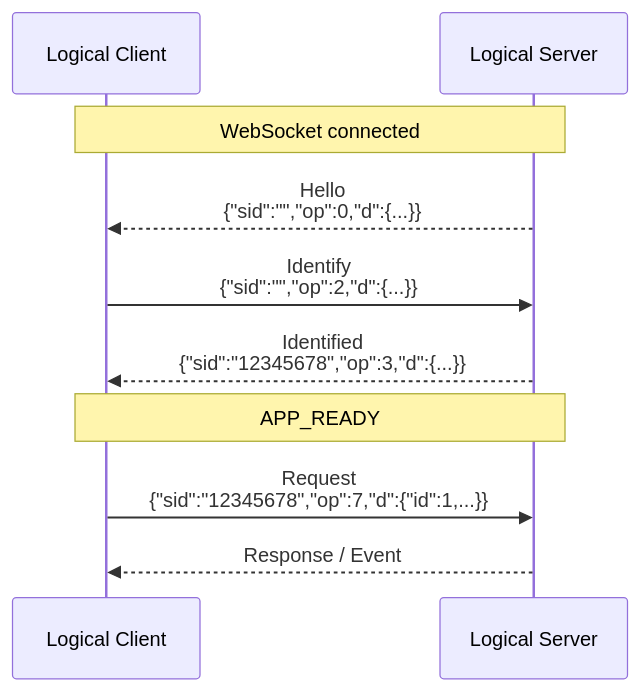
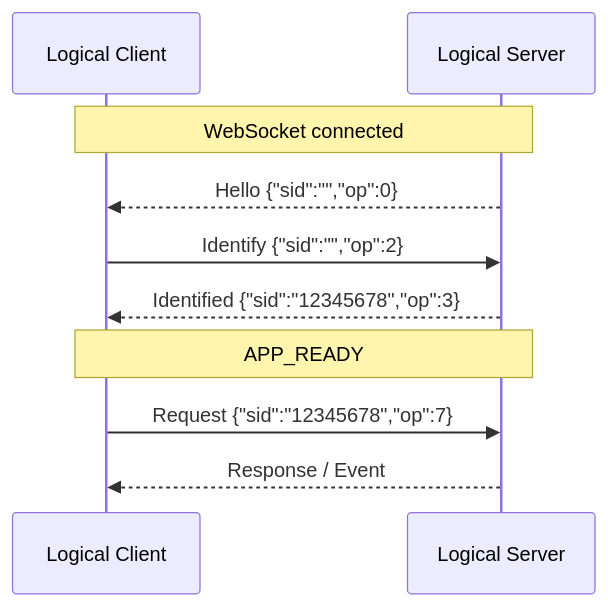
The second of 3 diagrams in docs/guides/core-protocol-flow.md (Mostorm-Labs/axtp), drawn with Mermaid before and after one commit. The commit also changed other lines of this file and 113 other files, not shown here.

````diff
--- a/docs/guides/core-protocol-flow.md
+++ b/docs/guides/core-protocol-flow.md
@@ -82,13 +64,13 @@
 ```mermaid
 sequenceDiagram
     participant LC as Logical Client
     participant LS as Logical Server
 
     Note over LC,LS: WebSocket connected
-    LS-->>LC: Hello<br/>{"sid":"","op":0,"d":{...}}
-    LC->>LS: Identify<br/>{"sid":"","op":2,"d":{...}}
-    LS-->>LC: Identified<br/>{"sid":"12345678","op":3,"d":{...}}
+    LS-->>LC: Hello {"sid":"","op":0}
+    LC->>LS: Identify {"sid":"","op":2}
+    LS-->>LC: Identified {"sid":"12345678","op":3}
     Note over LC,LS: APP_READY
-    LC->>LS: Request<br/>{"sid":"12345678","op":7,"d":{"id":1,...}}
+    LC->>LS: Request {"sid":"12345678","op":7}
     LS-->>LC: Response / Event
 ```
````
